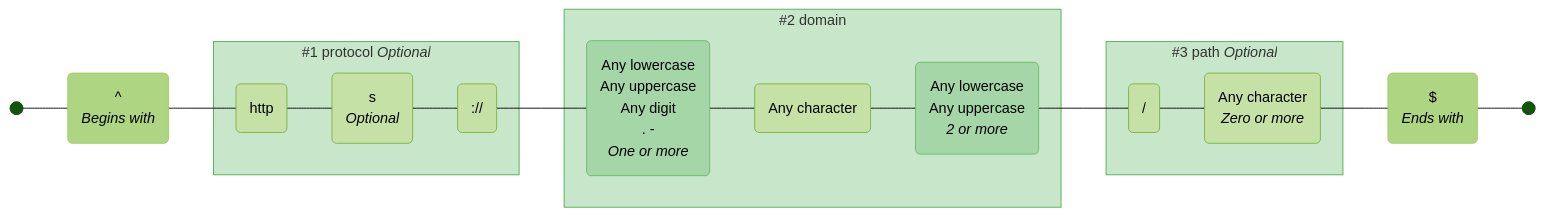
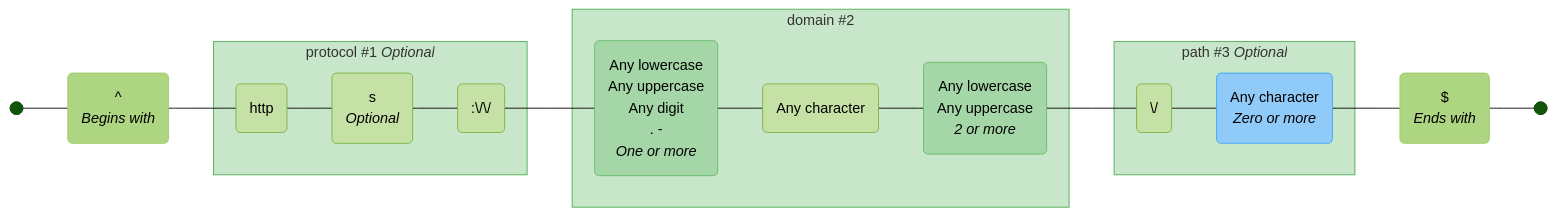
Before and after one commit to tayles/regex-to-mermaid: the fourth of 5 diagrams in THEMES.md, drawn with Mermaid. The commit also changed other lines of this file and 89 other files, not shown here.

````diff
--- a/THEMES.md
+++ b/THEMES.md
@@ -311,67 +380,68 @@
 ```mermaid
 ---
 config:
   theme: forest
 ---
 
 graph LR
   accTitle: "Regex: ^(?<protocol>https?:\\/\\/)?(?<domain>[a-zA-Z0-9.-]+\\.[a-zA-Z]{2,})(?<path>\\/.*)?$"
-  accDescr: "Generated with regex-to-mermaid@1.0.4"
+  accDescr: "Generated with regex-to-mermaid@2.0.0"
 
   %% Nodes
   start@{ shape: f-circ };
   fin@{ shape: f-circ };
   assertion_1("^<br><i>Begins with</i>"):::assertion;
   literal_1("http"):::literal;
   literal_2("s<br><i>Optional</i>"):::literal;
-  literal_3("://"):::literal;
+  literal_3(":\/\/"):::literal;
   char_class_1("Any lowercase<br>Any uppercase<br>Any digit<br>. -<br><i>One or more</i>"):::char-class;
   literal_4("Any character"):::literal;
   char_class_2("Any lowercase<br>Any uppercase<br><i>2 or more</i>"):::char-class;
-  literal_5("/"):::literal;
-  literal_6("Any character<br><i>Zero or more</i>"):::literal;
+  literal_5("\/"):::literal;
+  char_set_1("Any character<br><i>Zero or more</i>"):::char-set;
   assertion_2("$<br><i>Ends with</i>"):::assertion;
 
   %% Subgraphs
-  subgraph named_capture_1 ["#1 protocol <i>Optional</i>"]
+  subgraph named_capture_1 ["protocol #1 <i>Optional</i>"]
     literal_1
     literal_2
     literal_3
   end
 
-  subgraph named_capture_2 ["#2 domain"]
+  subgraph named_capture_2 ["domain #2"]
     char_class_1
     literal_4
     char_class_2
   end
 
-  subgraph named_capture_3 ["#3 path <i>Optional</i>"]
+  subgraph named_capture_3 ["path #3 <i>Optional</i>"]
     literal_5
-    literal_6
+    char_set_1
   end
 
   %% Edges
   start --- assertion_1;
   assertion_1 --- literal_1;
   literal_1 --- literal_2;
   literal_2 --- literal_3;
   literal_3 --- char_class_1;
   char_class_1 --- literal_4;
   literal_4 --- char_class_2;
   char_class_2 --- literal_5;
-  literal_5 --- literal_6;
-  literal_6 --- assertion_2;
+  literal_5 --- char_set_1;
+  char_set_1 --- assertion_2;
   assertion_2 --- fin;
 
   %% Styles
   %% Node Styling
   classDef assertion fill:#AED581,stroke:#9CCC65;
   classDef literal fill:#C5E1A5,stroke:#7CB342;
   classDef char-class fill:#A5D6A7,stroke:#66BB6A;
+  classDef char-set fill:#90CAF9,stroke:#42A5F5;
 
   %% Group Styling
   classDef named-capture fill:#C8E6C9,stroke:#4CAF50;
 
   %% Apply Group Classes
   class named_capture_1,named_capture_2,named_capture_3 named-capture;
 ```
````
